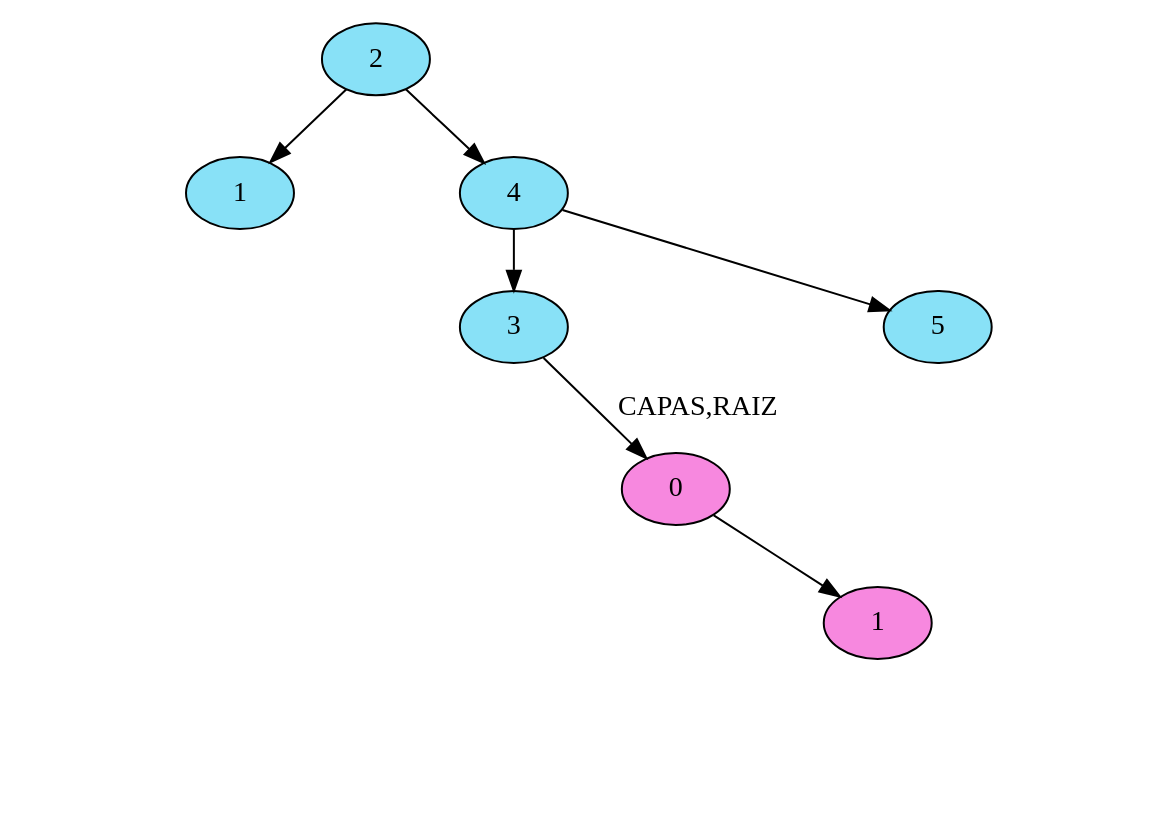
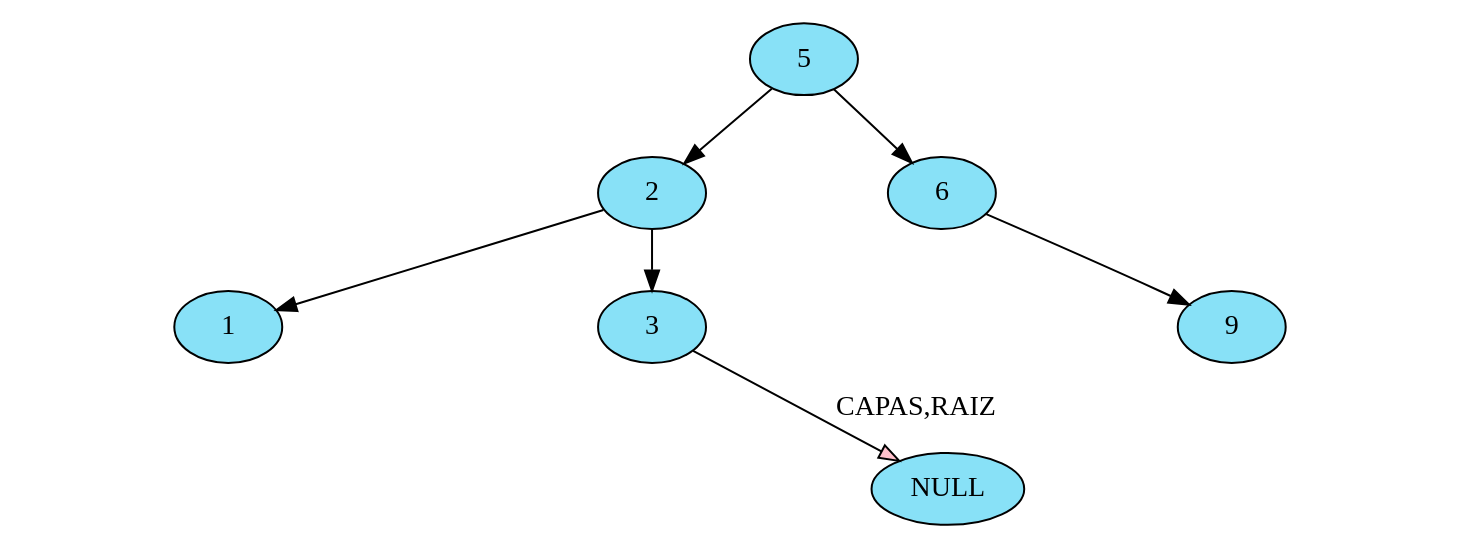
One commit to Serch-ING/EDD_UDRAWING_202000119 changed the diagram in FASE 2/Grafico/3_ArbolImagenesYCapa_3.dot. Above: the diagram before and after it, drawn with Graphviz. The commit also changed 45 other files, not shown here.

```diff
--- a/FASE 2/Grafico/3_ArbolImagenesYCapa_3.dot
+++ b/FASE 2/Grafico/3_ArbolImagenesYCapa_3.dot
@@ -1,44 +1,36 @@
 digraph G {
 nodesep=0; 
 ranksep=0.4;
 node[style = filled fillcolor="#88E1F7"];
+	NodoAVL5[ label="5"  ];
+	NodoAVL2[ label="2"];
+NodoAVL5->NodoAVL2
 	NodoAVL2[ label="2"  ];
 	NodoAVL1[ label="1"];
 NodoAVL2->NodoAVL1
 	NodoAVL1[ label="1"  ];
-Invisible2143701784[style=invis];
-NodoAVL1-> Invisible2143701784[arrowsize=0 style= invisible] 
-Invisible2143701784[style=invis];
-NodoAVL1-> Invisible2143701784[arrowsize=0 style= invisible] 
-	NodoAVL4[ label="4" ];
-NodoAVL2->NodoAVL4
-	NodoAVL4[ label="4"  ];
-	NodoAVL3[ label="3"];
-NodoAVL4->NodoAVL3
+Invisible305844976[style=invis];
+NodoAVL1-> Invisible305844976[arrowsize=0 style= invisible] 
+Invisible305844976[style=invis];
+NodoAVL1-> Invisible305844976[arrowsize=0 style= invisible] 
+	NodoAVL3[ label="3" ];
+NodoAVL2->NodoAVL3
 	NodoAVL3[ label="3"  ];
-Invisible544806883[style=invis];
-NodoAVL3-> Invisible544806883[arrowsize=0 style= invisible] 
-Invisible544806883[style=invis];
-NodoAVL3-> Invisible544806883[arrowsize=0 style= invisible] 
-	NodoAVL5[ label="5" ];
-NodoAVL4->NodoAVL5
-	NodoAVL5[ label="5"  ];
-Invisible438722032[style=invis];
-NodoAVL5-> Invisible438722032[arrowsize=0 style= invisible] 
-Invisible438722032[style=invis];
-NodoAVL5-> Invisible438722032[arrowsize=0 style= invisible] 
-
-
-node[style = filled fillcolor="#F788DF"];
-	NodoABB0[ label="0"  ];
-Invisible1402351105[style=invis];
-NodoABB0-> Invisible1402351105[arrowsize=0 style= invisible] 
-	NodoABB1[ label="1" ];
-NodoABB0->NodoABB1
-	NodoABB1[ label="1"  ];
-Invisible1111421921[style=invis];
-NodoABB1-> Invisible1111421921[arrowsize=0 style= invisible] 
-Invisible1111421921[style=invis];
-NodoABB1-> Invisible1111421921[arrowsize=0 style= invisible] 
-NodoAVL3->NodoABB0[label="CAPAS,RAIZ"]
+Invisible1836963488[style=invis];
+NodoAVL3-> Invisible1836963488[arrowsize=0 style= invisible] 
+Invisible1836963488[style=invis];
+NodoAVL3-> Invisible1836963488[arrowsize=0 style= invisible] 
+	NodoAVL6[ label="6" ];
+NodoAVL5->NodoAVL6
+	NodoAVL6[ label="6"  ];
+Invisible2061789502[style=invis];
+NodoAVL6-> Invisible2061789502[arrowsize=0 style= invisible] 
+	NodoAVL9[ label="9" ];
+NodoAVL6->NodoAVL9
+	NodoAVL9[ label="9"  ];
+Invisible695815193[style=invis];
+NodoAVL9-> Invisible695815193[arrowsize=0 style= invisible] 
+Invisible695815193[style=invis];
+NodoAVL9-> Invisible695815193[arrowsize=0 style= invisible] 
+NodoAVL3->NULL[label="CAPAS,RAIZ" fillcolor="pink"]
 }
```
